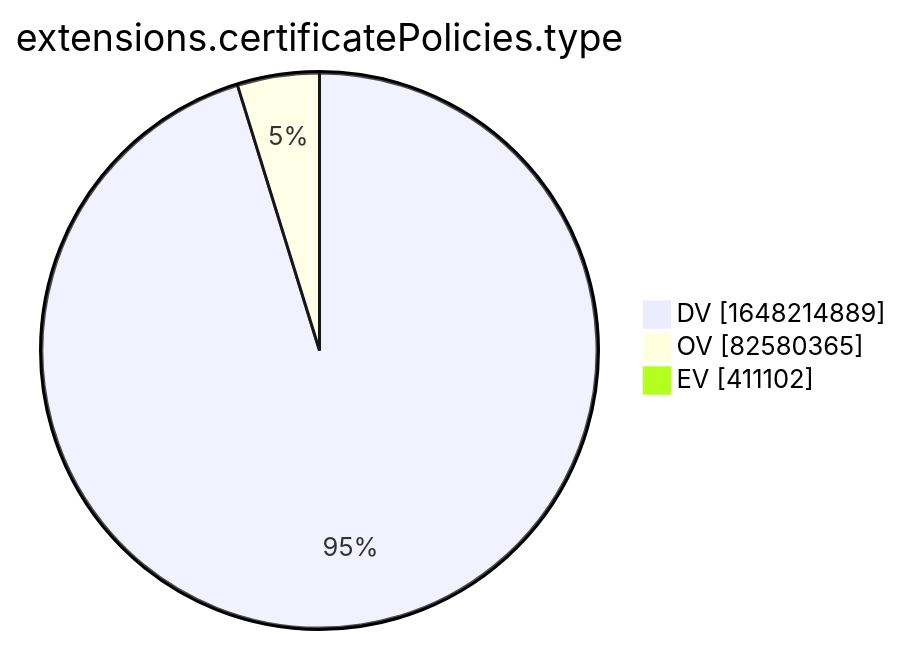
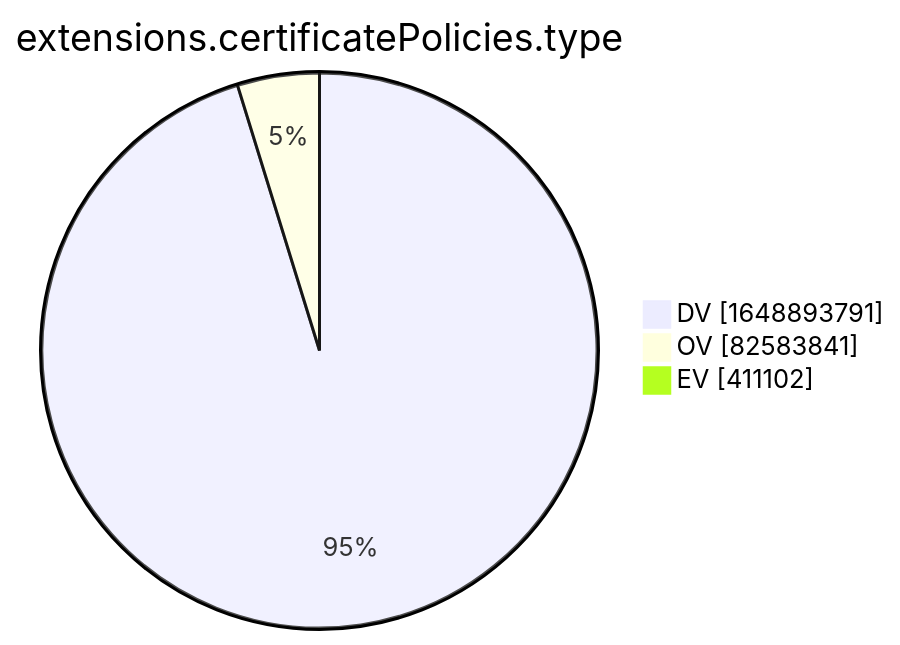
The tenth of 15 diagrams in xenon2022/README.md (christiankrug/ctmonitor_visualization), drawn with Mermaid before and after one commit. The commit also changed other lines of this file, not shown here.

````diff
--- a/xenon2022/README.md
+++ b/xenon2022/README.md
@@ -2880,7 +2880,7 @@
 ```mermaid
 pie showData
 title extensions.certificatePolicies.type
-"DV" :1648214889
-"OV" :82580365
+"DV" :1648893791
+"OV" :82583841
 "EV" :411102
 ```
````
